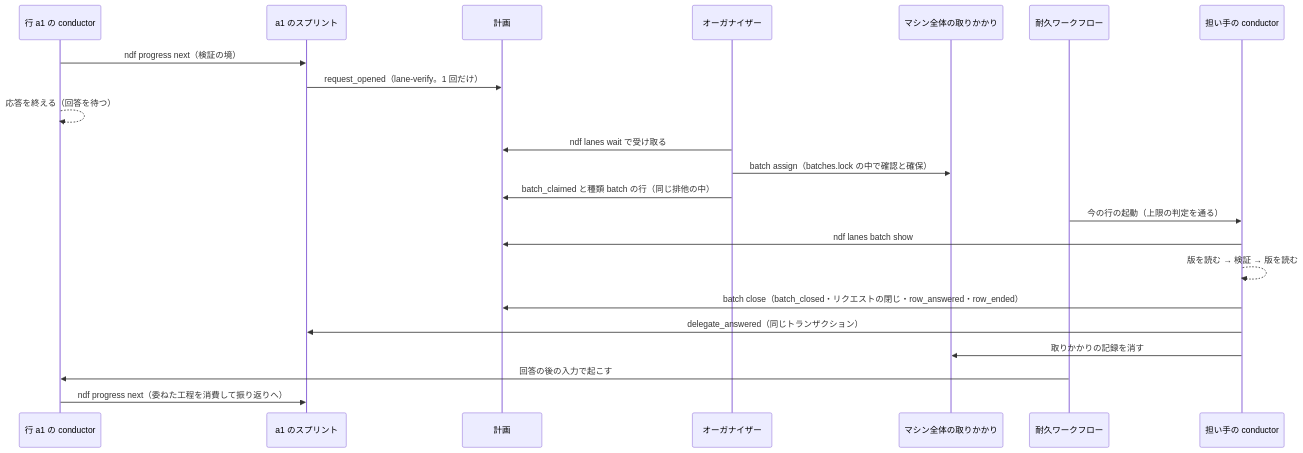
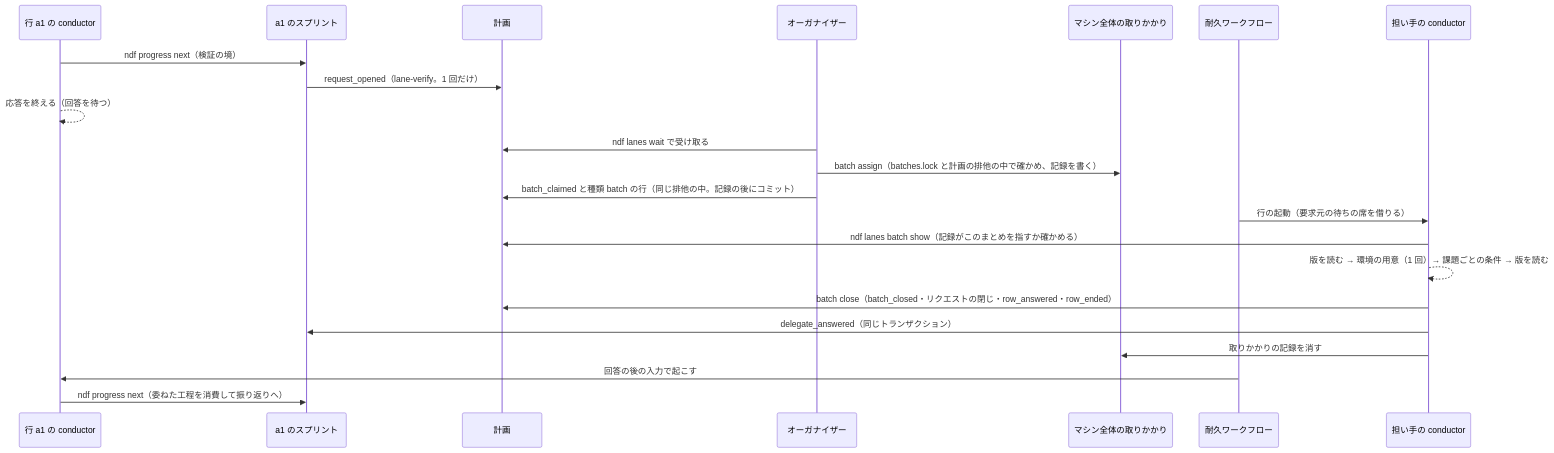
The third of 3 diagrams in issues/issue-4211-design.md (devbasex/ai-plugins), drawn with Mermaid before and after one commit. The commit also changed other lines of this file and 1 other file, not shown here.

````diff
--- a/issues/issue-4211-design.md
+++ b/issues/issue-4211-design.md
@@ -136,24 +143,24 @@
 ```mermaid
 sequenceDiagram
     participant A as 行 a1 の conductor
     participant S as a1 のスプリント
     participant P as 計画
     participant O as オーガナイザー
     participant M as マシン全体の取りかかり
     participant W as 耐久ワークフロー
     participant C as 担い手の conductor
     A->>S: ndf progress next（検証の境）
     S->>P: request_opened（lane-verify。1 回だけ）
     A-->>A: 応答を終える（回答を待つ）
     O->>P: ndf lanes wait で受け取る
-    O->>M: batch assign（batches.lock の中で確認と確保）
-    O->>P: batch_claimed と種類 batch の行（同じ排他の中）
-    W->>C: 今の行の起動（上限の判定を通る）
-    C->>P: ndf lanes batch show
-    C-->>C: 版を読む → 検証 → 版を読む
+    O->>M: batch assign（batches.lock と計画の排他の中で確かめ、記録を書く）
+    O->>P: batch_claimed と種類 batch の行（同じ排他の中。記録の後にコミット）
+    W->>C: 行の起動（要求元の待ちの席を借りる）
+    C->>P: ndf lanes batch show（記録がこのまとめを指すか確かめる）
+    C-->>C: 版を読む → 環境の用意（1 回）→ 課題ごとの条件 → 版を読む
     C->>P: batch close（batch_closed・リクエストの閉じ・row_answered・row_ended）
     C->>S: delegate_answered（同じトランザクション）
     C->>M: 取りかかりの記録を消す
     W->>A: 回答の後の入力で起こす
     A->>S: ndf progress next（委ねた工程を消費して振り返りへ）
 ```
````
